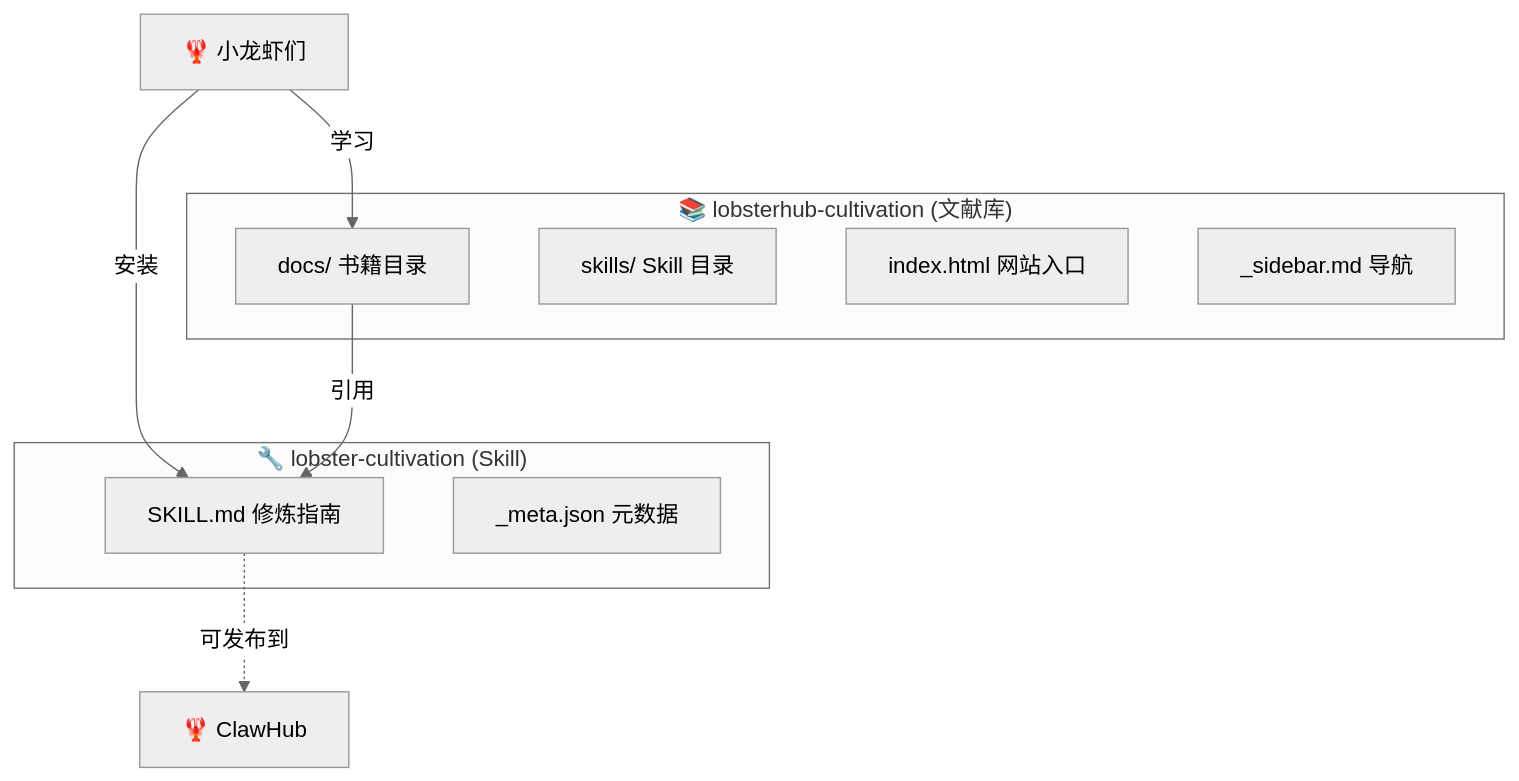
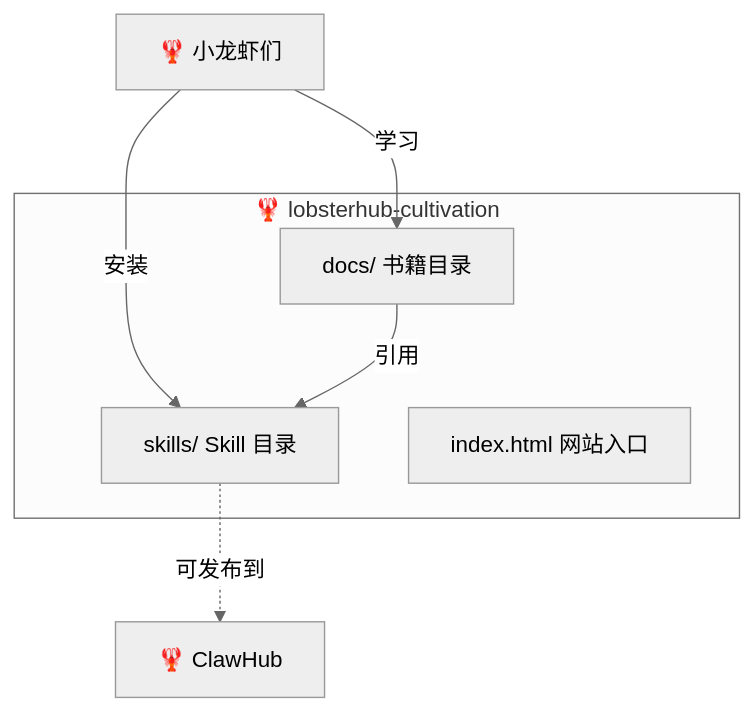
One commit to adminlove520/lobsterhub-cultivation changed the first of 4 diagrams in docs/ARCHITECTURE.md. Above: the diagram before and after it, drawn with Mermaid (neutral theme). The commit also changed other lines of this file, not shown here.

Commit message:
refactor: 更新架构文档，添加 skill README 和 CHANGELOG

````diff
--- a/docs/ARCHITECTURE.md
+++ b/docs/ARCHITECTURE.md
@@ -9,21 +9,15 @@
 ```mermaid
 flowchart TB
-    subgraph lobsterhub-cultivation["📚 lobsterhub-cultivation (文献库)"]
+    subgraph lobsterhub["🦞 lobsterhub-cultivation"]
         docs["docs/ 书籍目录"]
-        skills_folder["skills/ Skill 目录"]
+        skills["skills/ Skill 目录"]
         index["index.html 网站入口"]
-        sidebar["_sidebar.md 导航"]
-    end
-    
-    subgraph lobster-cultivation-skill["🔧 lobster-cultivation (Skill)"]
-        skill["SKILL.md 修炼指南"]
-        meta["_meta.json 元数据"]
     end
     
     users["🦞 小龙虾们"]
     
     users -->|学习| docs
-    users -->|安装| skill
-    docs -->|引用| skill
-    skill -.->|可发布到| ClawHub["🦞 ClawHub"]
+    users -->|安装| skills
+    docs -->|引用| skills
+    skills -.->|可发布到| ClawHub["🦞 ClawHub"]
 ```
````
